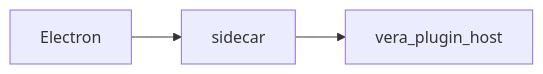
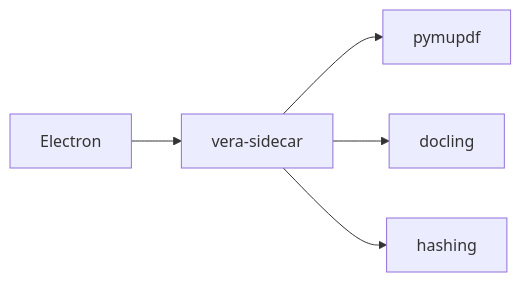
Before and after one commit to dkylewillis/vera: the diagram in docs/desktop-app-architecture.md, drawn with Mermaid. The commit also changed other lines of this file and 19 other files, not shown here.

````diff
--- a/docs/desktop-app-architecture.md
+++ b/docs/desktop-app-architecture.md
@@ -113,5 +85,7 @@
 ```mermaid
 flowchart LR
-  Electron --> sidecar
-  sidecar --> host["vera_plugin_host"]
+  Electron --> sidecar["vera-sidecar"]
+  sidecar --> pymupdf
+  sidecar --> docling
+  sidecar --> hashing
 ```
````
